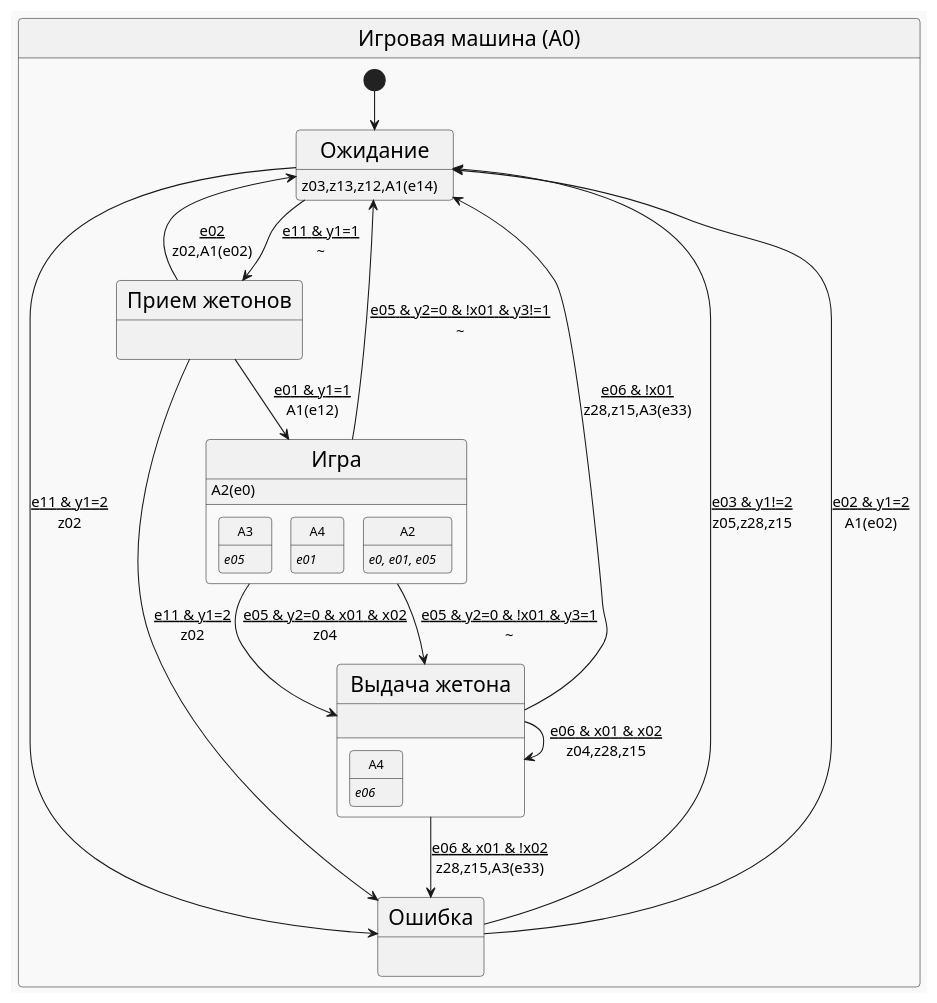
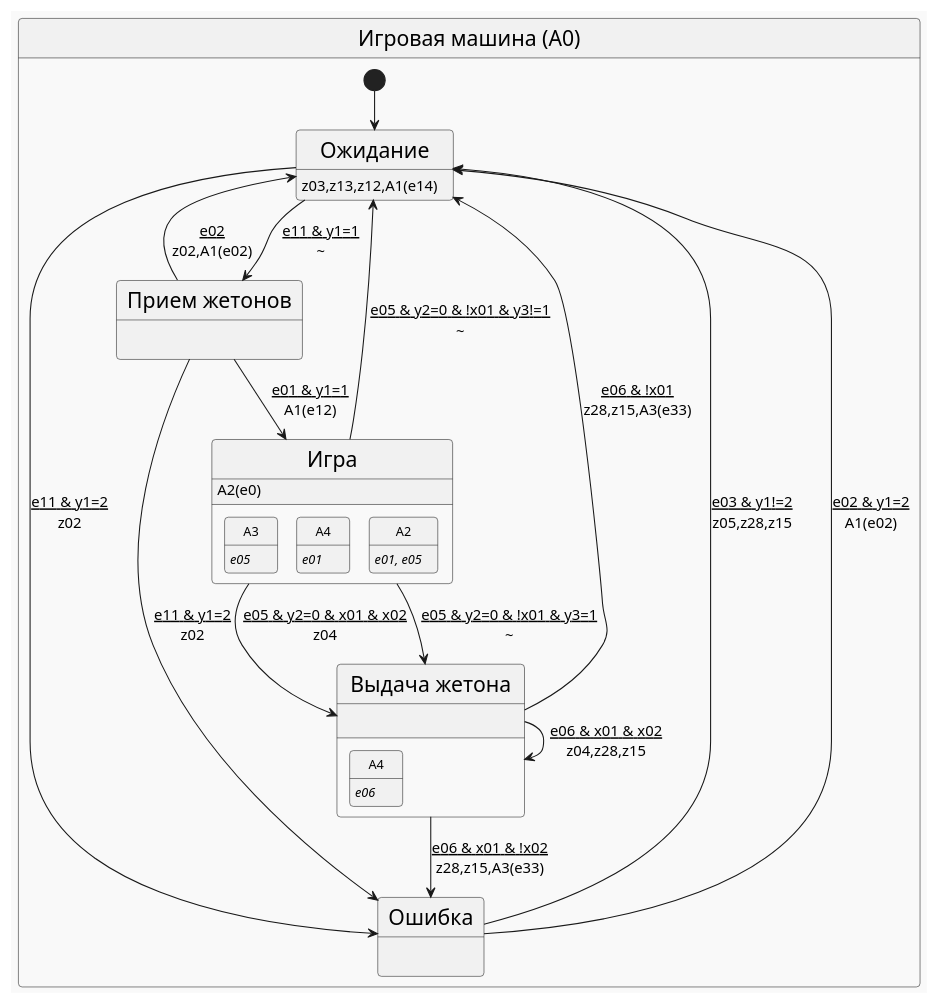
One commit to PhoenixNazarov/fsm-multiply changed the diagram in articles/multiply_many_nested/puml/a0.puml. Above: the diagram before and after it, drawn with PlantUML. The commit also changed 5 other files, not shown here.

First line of the commit message:
Diagrams: list only by-nesting events in nested boxes

```diff
--- a/articles/multiply_many_nested/puml/a0.puml
+++ b/articles/multiply_many_nested/puml/a0.puml
@@ -1,34 +1,34 @@
 @startuml
 !theme mars
 skinparam stateFontSize 20
 skinparam arrowFontSize 14
 state "Игровая машина (A0)" as A0 {
     [*] --> A00
     state "Ожидание" as A00 : <size:14>z03,z13,z12,A1(e14)
     state "Прием жетонов" as A01 : 
     state "Игра" as A02 : <size:14>A2(e0)
     state "Ошибка" as A03 : 
     state "Выдача жетона" as A04 : 
     state "Игра" as A02 {
         state "<size:12>A3" as F1 : <size:12><i>e05
         state "<size:12>A4" as F2 : <size:12><i>e01
-        state "<size:12>A2" as F3 : <size:12><i>e0, e01, e05
+        state "<size:12>A2" as F3 : <size:12><i>e01, e05
     }
     state "Выдача жетона" as A04 {
         state "<size:12>A4" as F4 : <size:12><i>e06
     }
     A00 --> A01 : <u>e11 & y1=1\n~
     A00 --> A03 : <u>e11 & y1=2\nz02
     A01 --> A00 : <u>e02\nz02,A1(e02)
     A01 --> A02 : <u>e01 & y1=1\nA1(e12)
     A01 --> A03 : <u>e11 & y1=2\nz02
     A02 --> A04 : <u>e05 & y2=0 & x01 & x02\nz04
     A02 --> A04 : <u>e05 & y2=0 & !x01 & y3=1\n~
     A02 --> A00 : <u>e05 & y2=0 & !x01 & y3!=1\n~
     A03 --> A00 : <u>e03 & y1!=2\nz05,z28,z15
     A03 --> A00 : <u>e02 & y1=2\nA1(e02)
     A04 --> A04 : <u>e06 & x01 & x02\nz04,z28,z15
     A04 --> A03 : <u>e06 & x01 & !x02\nz28,z15,A3(e33)
     A04 --> A00 : <u>e06 & !x01\nz28,z15,A3(e33)
 }
 @enduml
```
